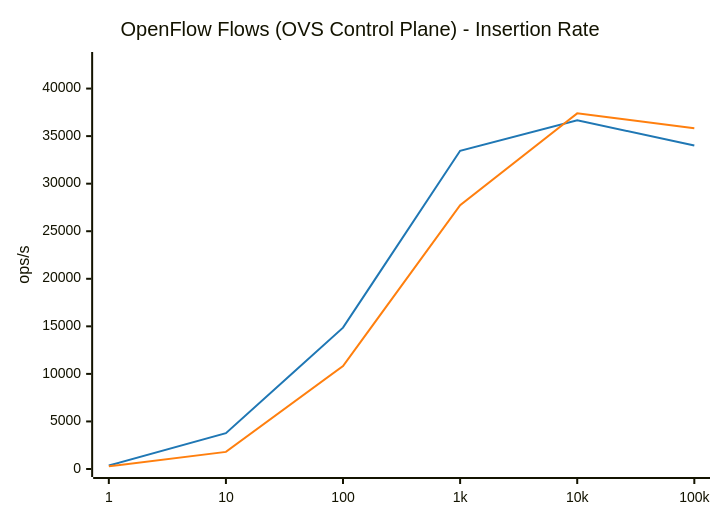
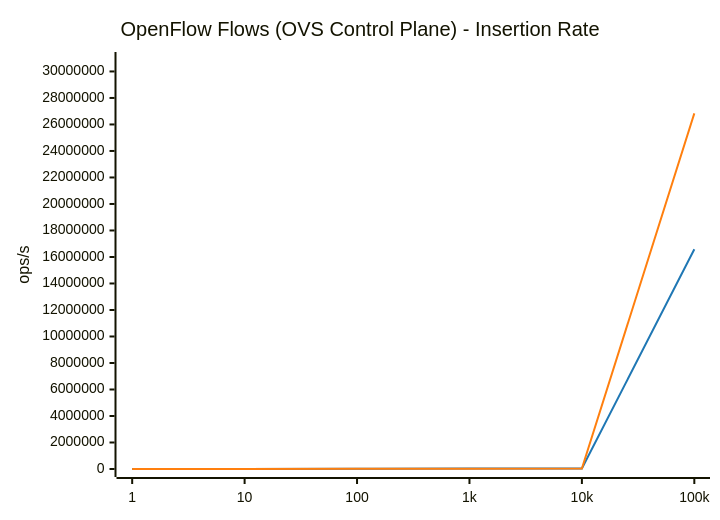
Diagram 11 of 14 in results/BENCHMARK_REPORT.md (LionelJouin/ovs-ovn-bench), drawn with Mermaid before and after one commit. The commit also changed other lines of this file and 4 other files, not shown here.

````diff
--- a/results/BENCHMARK_REPORT.md
+++ b/results/BENCHMARK_REPORT.md
@@ -557,14 +575,14 @@
 ```mermaid
 ---
 config:
     themeVariables:
         xyChart:
             plotColorPalette: "#1f77b4, #ff7f0e"
 ---
 xychart-beta
     title "OpenFlow Flows (OVS Control Plane) - Insertion Rate"
     x-axis ["1", "10", "100", "1k", "10k", "100k"]
-    y-axis "ops/s" 0 --> 43003
-    line "glibc malloc" [368.3, 3762.2, 14863.3, 33453.8, 36676.5, 34007.0]
-    line "jemalloc" [285.6, 1796.9, 10830.7, 27740.0, 37393.5, 35830.6]
+    y-axis "ops/s" 0 --> 30864198
+    line "glibc malloc" [351.0, 2203.6, 14718.9, 28388.1, 35532.7, 16583747.9]
+    line "jemalloc" [195.1, 2532.9, 13821.7, 26208.2, 32713.8, 26838432.6]
 ```
````
